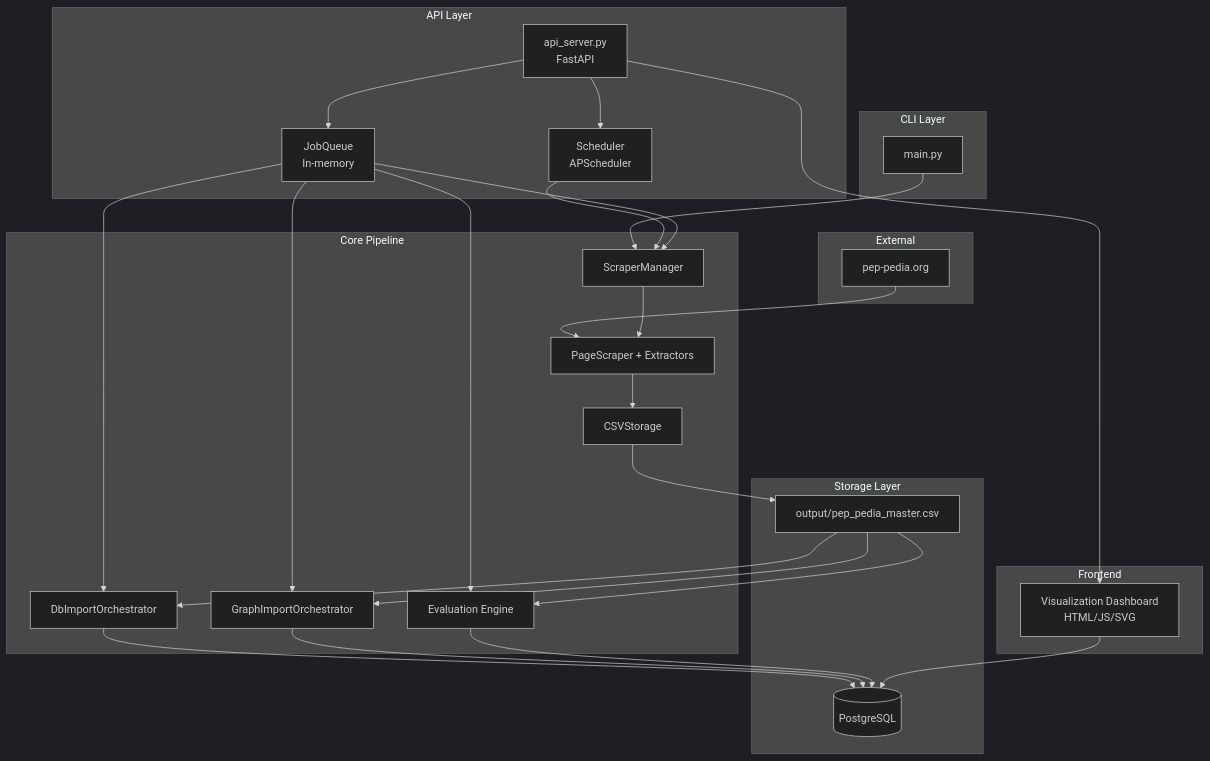
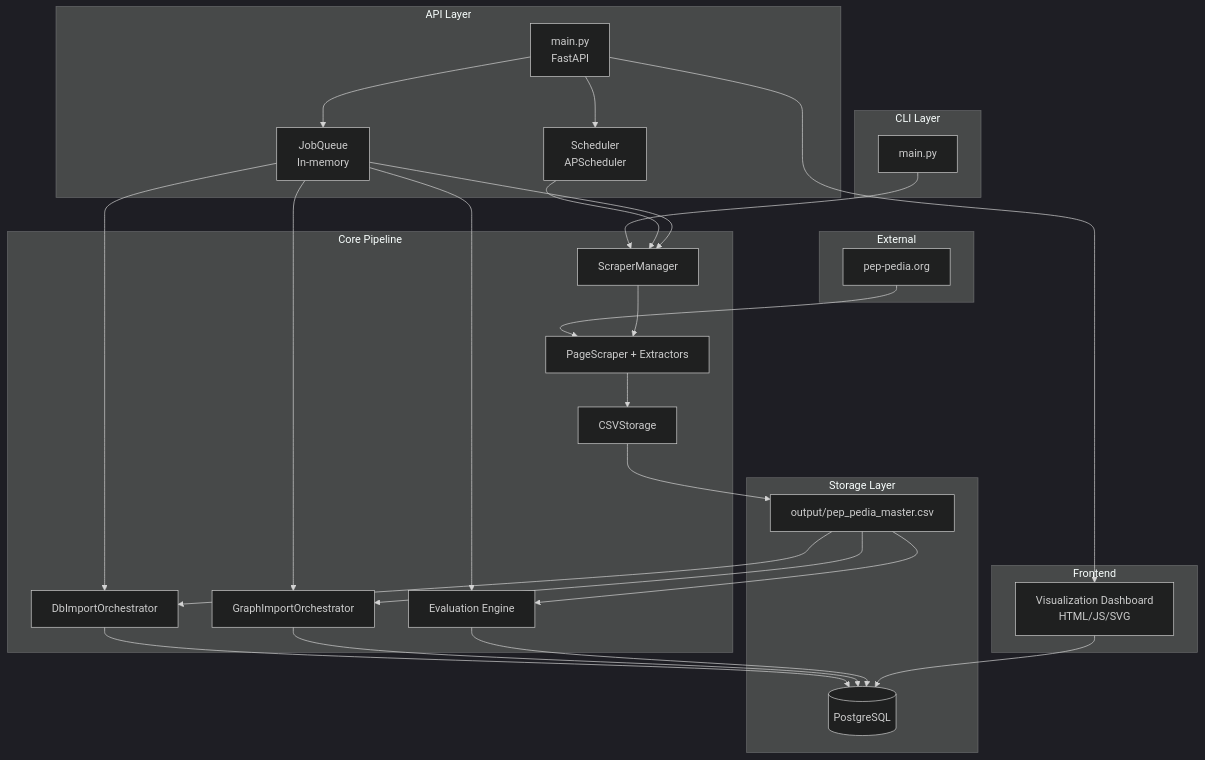
Before and after one commit to peptides-ai-ecosystem/web_scrape: the first of 2 diagrams in README.md, drawn with Mermaid (dark theme). The commit also changed other lines of this file and 3 other files, not shown here.

````diff
--- a/README.md
+++ b/README.md
@@ -206,52 +178,52 @@
 ```mermaid
 graph TB
     subgraph External["External"]
         A[pep-pedia.org]
     end
 
     subgraph CLI["CLI Layer"]
         B[main.py]
     end
 
     subgraph API["API Layer"]
-        C[api_server.py<br/>FastAPI]
+        C[main.py<br/>FastAPI]
         D[Scheduler<br/>APScheduler]
         E[JobQueue<br/>In-memory]
     end
 
     subgraph Core["Core Pipeline"]
         F[ScraperManager]
         G[PageScraper + Extractors]
         H[CSVStorage]
         I[DbImportOrchestrator]
         J[GraphImportOrchestrator]
         K[Evaluation Engine]
     end
 
     subgraph Storage["Storage Layer"]
         L[(PostgreSQL)]
         M[output/pep_pedia_master.csv]
     end
 
     subgraph Frontend["Frontend"]
         N[Visualization Dashboard<br/>HTML/JS/SVG]
     end
 
     A --> G
     B --> F
     C --> E
     C --> D
     D --> F
     E --> F & I & J & K
     F --> G
     G --> H
     H --> M
     M --> I
     M --> J
     M --> K
     I --> L
     J --> L
     K --> L
     C --> N
     N --> L
 ```
````
